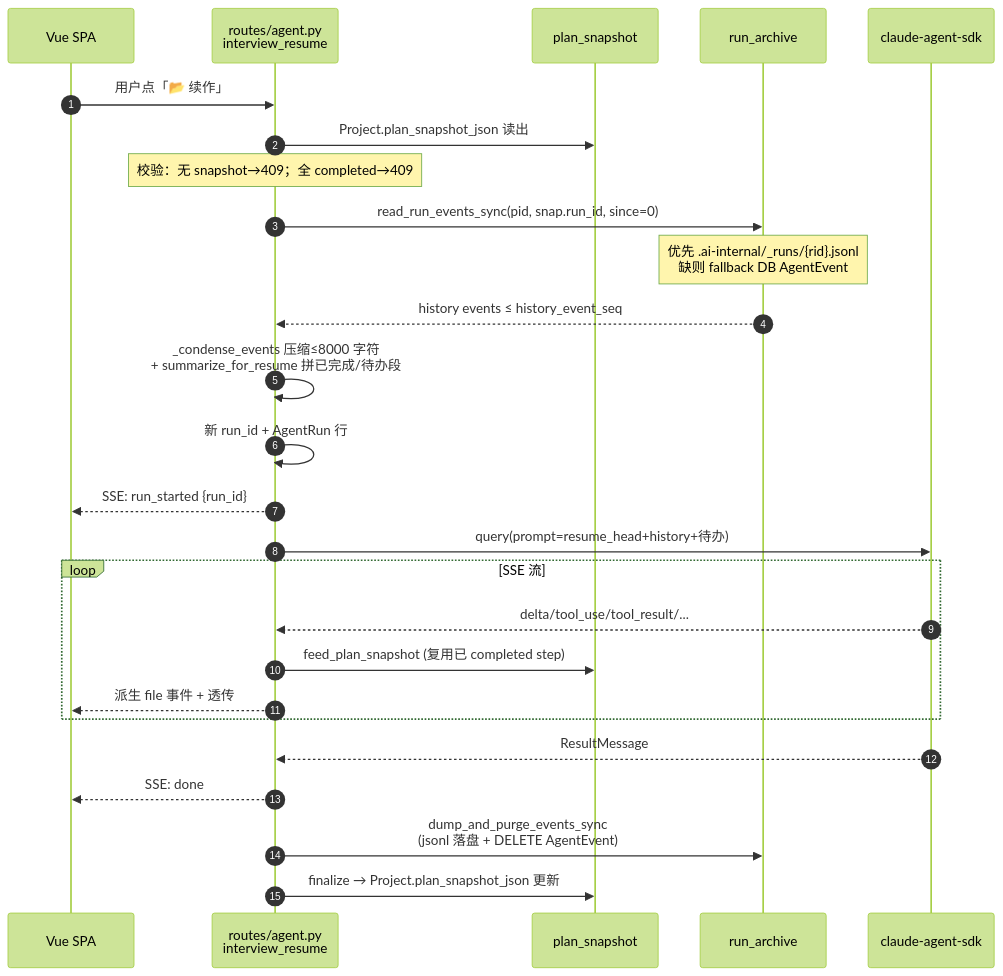
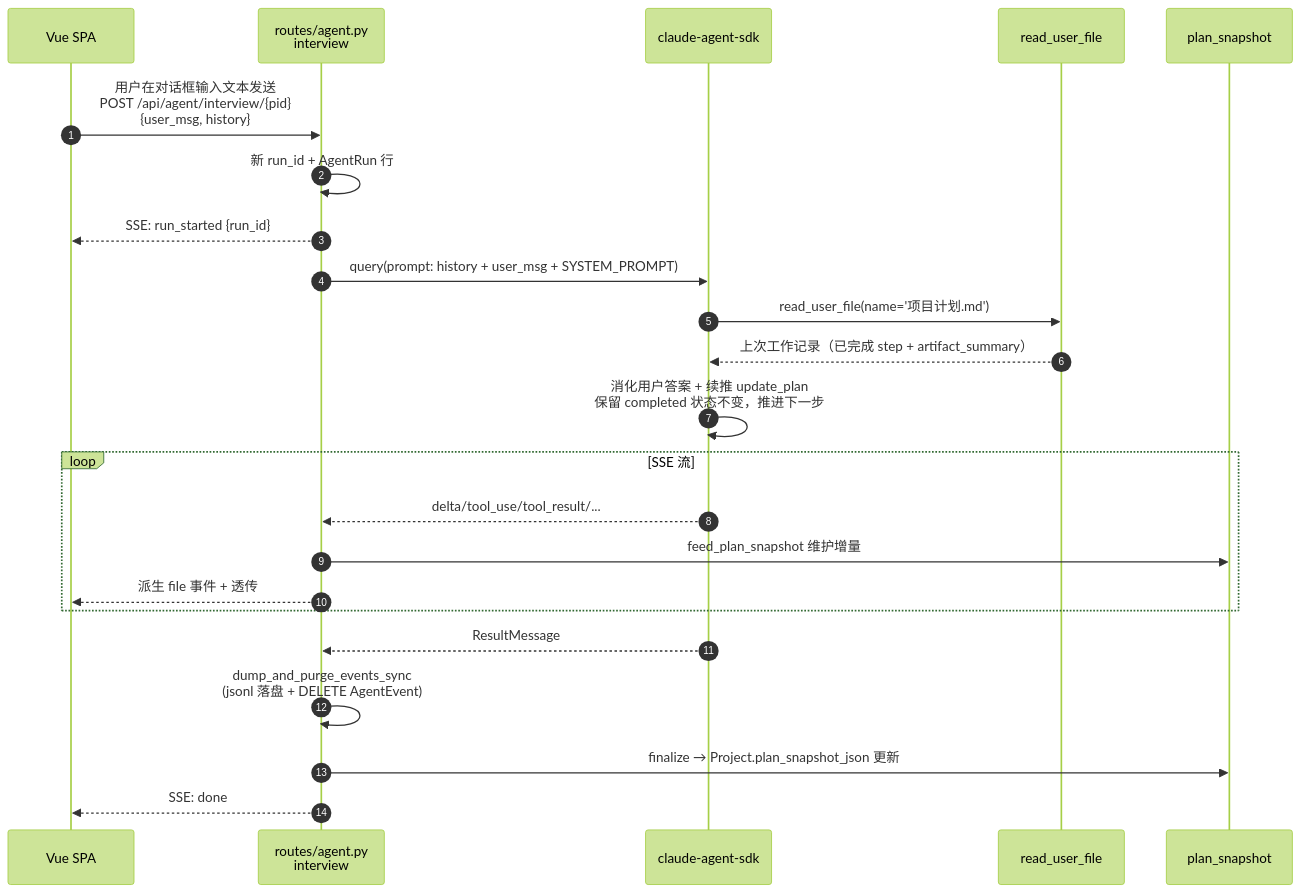
The ninth of 13 diagrams in docs/hld.md (ChuangLee/PatentlyPatent), drawn with Mermaid (forest theme) before and after one commit. The commit also changed other lines of this file and 5 other files, not shown here.

````diff
--- a/docs/hld.md
+++ b/docs/hld.md
@@ -548,29 +555,26 @@
 ```mermaid
 sequenceDiagram
     autonumber
     participant FE as Vue SPA
-    participant API as routes/agent.py<br/>interview_resume
-    participant SNAP as plan_snapshot
-    participant ARCHIVE as run_archive
+    participant API as routes/agent.py<br/>interview
     participant SDK as claude-agent-sdk
+    participant TOOL as read_user_file
+    participant PLAN as plan_snapshot
 
-    FE->>API: 用户点「📂 续作」
-    API->>SNAP: Project.plan_snapshot_json 读出
-    Note over API: 校验：无 snapshot→409；全 completed→409
-    API->>ARCHIVE: read_run_events_sync(pid, snap.run_id, since=0)
-    Note over ARCHIVE: 优先 .ai-internal/_runs/{rid}.jsonl<br/>缺则 fallback DB AgentEvent
-    ARCHIVE-->>API: history events ≤ history_event_seq
-    API->>API: _condense_events 压缩≤8000 字符<br/>+ summarize_for_resume 拼已完成/待办段
+    FE->>API: 用户在对话框输入文本发送<br/>POST /api/agent/interview/{pid}<br/>{user_msg, history}
     API->>API: 新 run_id + AgentRun 行
     API-->>FE: SSE: run_started {run_id}
-    API->>SDK: query(prompt=resume_head+history+待办)
+    API->>SDK: query(prompt: history + user_msg + SYSTEM_PROMPT)
+    SDK->>TOOL: read_user_file(name='项目计划.md')
+    TOOL-->>SDK: 上次工作记录（已完成 step + artifact_summary）
+    SDK->>SDK: 消化用户答案 + 续推 update_plan<br/>保留 completed 状态不变，推进下一步
     loop SSE 流
         SDK-->>API: delta/tool_use/tool_result/...
-        API->>SNAP: feed_plan_snapshot (复用已 completed step)
+        API->>PLAN: feed_plan_snapshot 维护增量
         API-->>FE: 派生 file 事件 + 透传
     end
     SDK-->>API: ResultMessage
+    API->>API: dump_and_purge_events_sync<br/>(jsonl 落盘 + DELETE AgentEvent)
+    API->>PLAN: finalize → Project.plan_snapshot_json 更新
     API-->>FE: SSE: done
-    API->>ARCHIVE: dump_and_purge_events_sync<br/>(jsonl 落盘 + DELETE AgentEvent)
-    API->>SNAP: finalize → Project.plan_snapshot_json 更新
 ```
````
